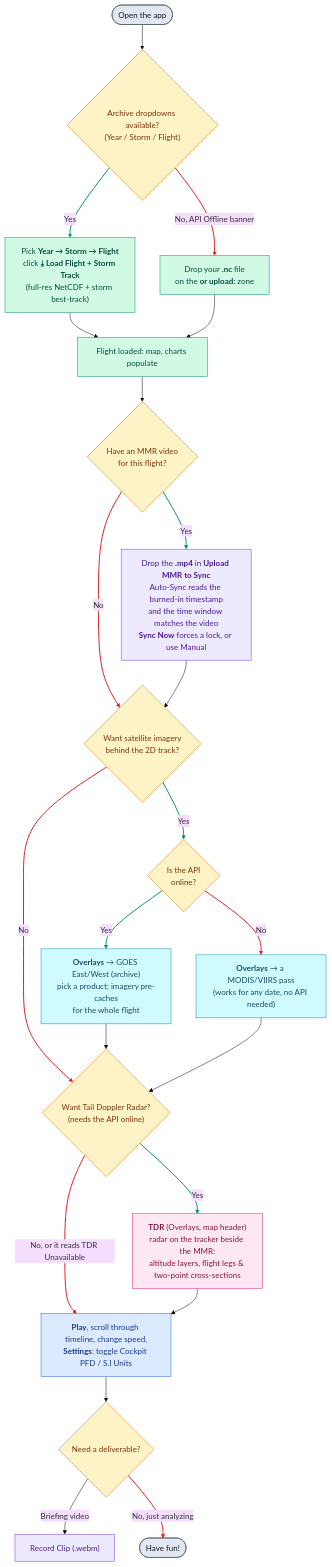
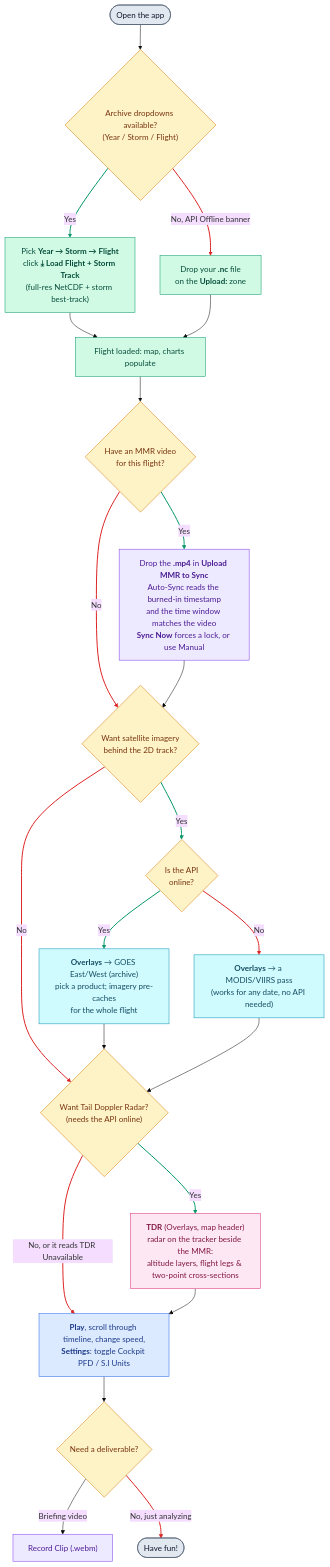
Before and after one commit to diegoxb07/AOCVisualizer: the diagram in README.md, drawn with Mermaid (base theme). The commit also changed other lines of this file and 6 other files, not shown here.

Commit message:
Offline upload layout, TDR loading and failure handling, and HUD toggles

````diff
--- a/README.md
+++ b/README.md
@@ -21,42 +21,42 @@
 ```mermaid
 flowchart TD
     START(["Open the app"]) --> ARCHIVE{"Archive dropdowns available?<br>(Year / Storm / Flight)"}
     ARCHIVE -- "Yes" --> LOADARC["Pick <b>Year → Storm → Flight</b><br>click <b>⤓ Load Flight + Storm Track</b><br>(full-res NetCDF + storm best-track)"]
-    ARCHIVE -- "No, API Offline banner" --> UPLOAD["Drop your <b>.nc</b> file<br>on the <b>or upload:</b> zone"]
+    ARCHIVE -- "No, API Offline banner" --> UPLOAD["Drop your <b>.nc</b> file<br>on the <b>Upload:</b> zone"]
     LOADARC --> LOADED["Flight loaded: map, charts populate"]
     UPLOAD --> LOADED
     LOADED --> MMR{"Have an MMR video<br>for this flight?"}
     MMR -- "Yes" --> VIDEO["Drop the <b>.mp4</b> in <b>Upload MMR to Sync</b><br>Auto-Sync reads the burned-in timestamp<br>and the time window matches the video<br><b>Sync Now</b> forces a lock, or use Manual"]
     MMR -- "No" --> SAT{"Want satellite imagery<br>behind the 2D track?"}
     VIDEO --> SAT
     SAT -- "Yes" --> FROMARC{"Is the API<br>online?"}
     FROMARC -- "Yes" --> SATGOES["<b>Overlays</b> → GOES East/West (archive)<br>pick a product; imagery pre-caches<br>for the whole flight"]
     FROMARC -- "No" --> SATPOLAR["<b>Overlays</b> → a MODIS/VIIRS pass<br>(works for any date, no API needed)"]
     SAT -- "No" --> TDRQ{"Want Tail Doppler Radar?<br>(needs the API online)"}
     SATGOES --> TDRQ
     SATPOLAR --> TDRQ
     TDRQ -- "Yes" --> TDRMODE["<b>TDR</b> (Overlays, map header)<br>radar on the tracker beside the MMR:<br>altitude layers, flight legs & two-point cross-sections"]
     TDRQ -- "No, or it reads TDR Unavailable" --> PLAY["<b>Play</b>, scroll through timeline, change speed,<br><b>Settings</b>: toggle Cockpit PFD / S.I Units"]
     TDRMODE --> PLAY
     PLAY --> EXPORT{"Need a deliverable?"}
     EXPORT -- "Briefing video" --> CLIP["Record Clip (.webm)"]
     EXPORT -- "No, just analyzing" --> DONE(["Have fun!"])
 
     classDef decision fill:#fef3c7,stroke:#d97706,color:#78350f
     classDef data fill:#d1fae5,stroke:#059669,color:#064e3b
     classDef mmr fill:#ede9fe,stroke:#7c3aed,color:#4c1d95
     classDef sat fill:#cffafe,stroke:#0891b2,color:#164e63
     classDef tdr fill:#fce7f3,stroke:#db2777,color:#831843
     classDef playback fill:#dbeafe,stroke:#2563eb,color:#1e3a8a
     classDef term fill:#e2e8f0,stroke:#475569,color:#0f172a
     class ARCHIVE,MMR,SAT,FROMARC,TDRQ,EXPORT decision
     class LOADARC,UPLOAD,LOADED data
     class VIDEO,CLIP mmr
     class SATGOES,SATPOLAR sat
     class TDRMODE tdr
     class PLAY playback
     class START,DONE term
     %% linkStyle numbers = edge definition order above; update them if edges are added or reordered
     linkStyle 1,6,9,10,15 stroke:#059669,stroke-width:2px
     linkStyle 2,7,11,12,16,20 stroke:#dc2626,stroke-width:2px
 ```
````
